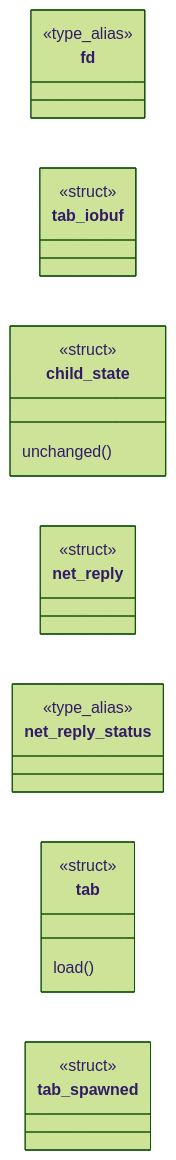
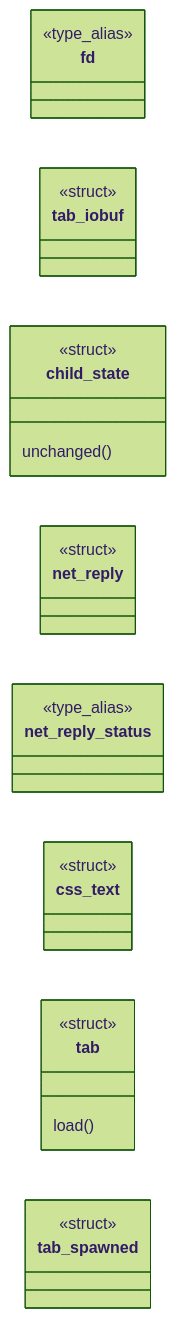
Before and after one commit to grisuno/FreeDom: the first of 2 diagrams in readmenator-apidocs/modules/src.tab.c.md, drawn with Mermaid (forest theme). The commit also changed other lines of this file and 170 other files, not shown here.

````diff
--- a/readmenator-apidocs/modules/src.tab.c.md
+++ b/readmenator-apidocs/modules/src.tab.c.md
@@ -14,20 +14,22 @@
 ```mermaid
 classDiagram
     direction LR
     class fd
     <<type_alias>> fd
     class tab_iobuf
     <<struct>> tab_iobuf
     class child_state
     <<struct>> child_state
     child_state : unchanged()
     class net_reply
     <<struct>> net_reply
     class net_reply_status
     <<type_alias>> net_reply_status
+    class css_text
+    <<struct>> css_text
     class tab
     <<struct>> tab
     tab : load()
     class tab_spawned
     <<struct>> tab_spawned
 ```
````
